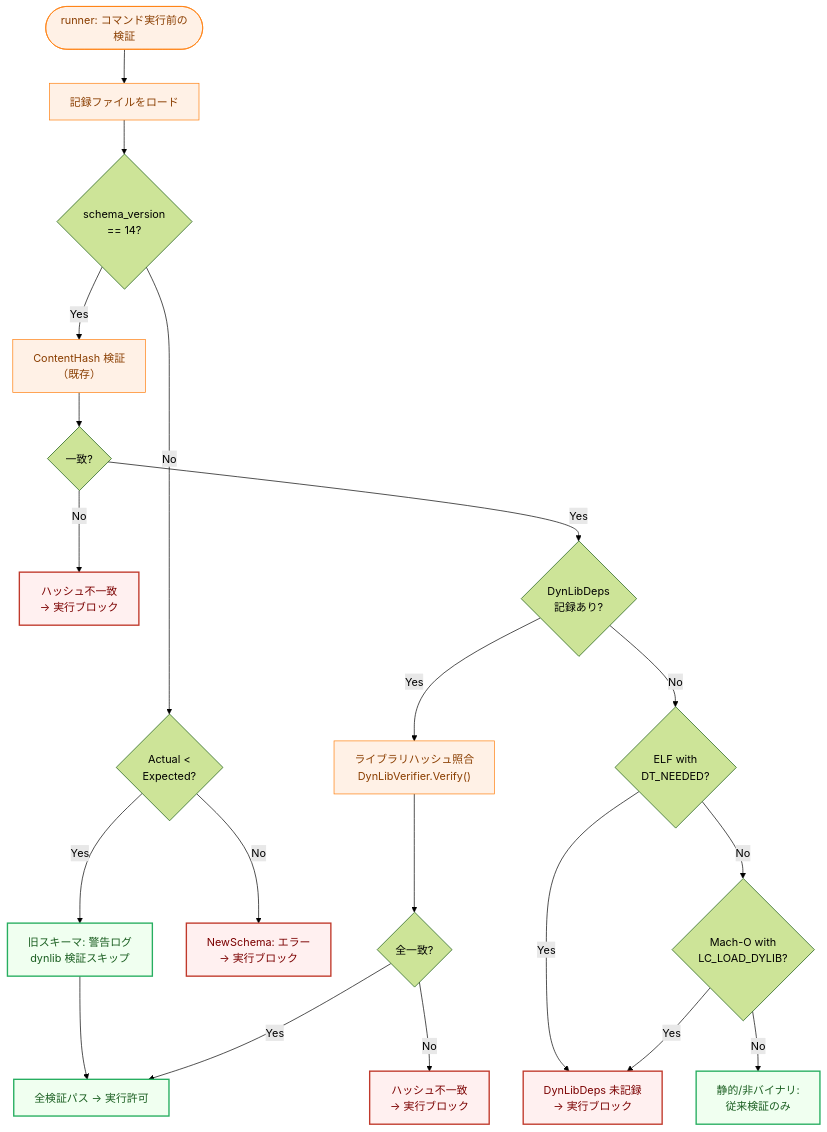
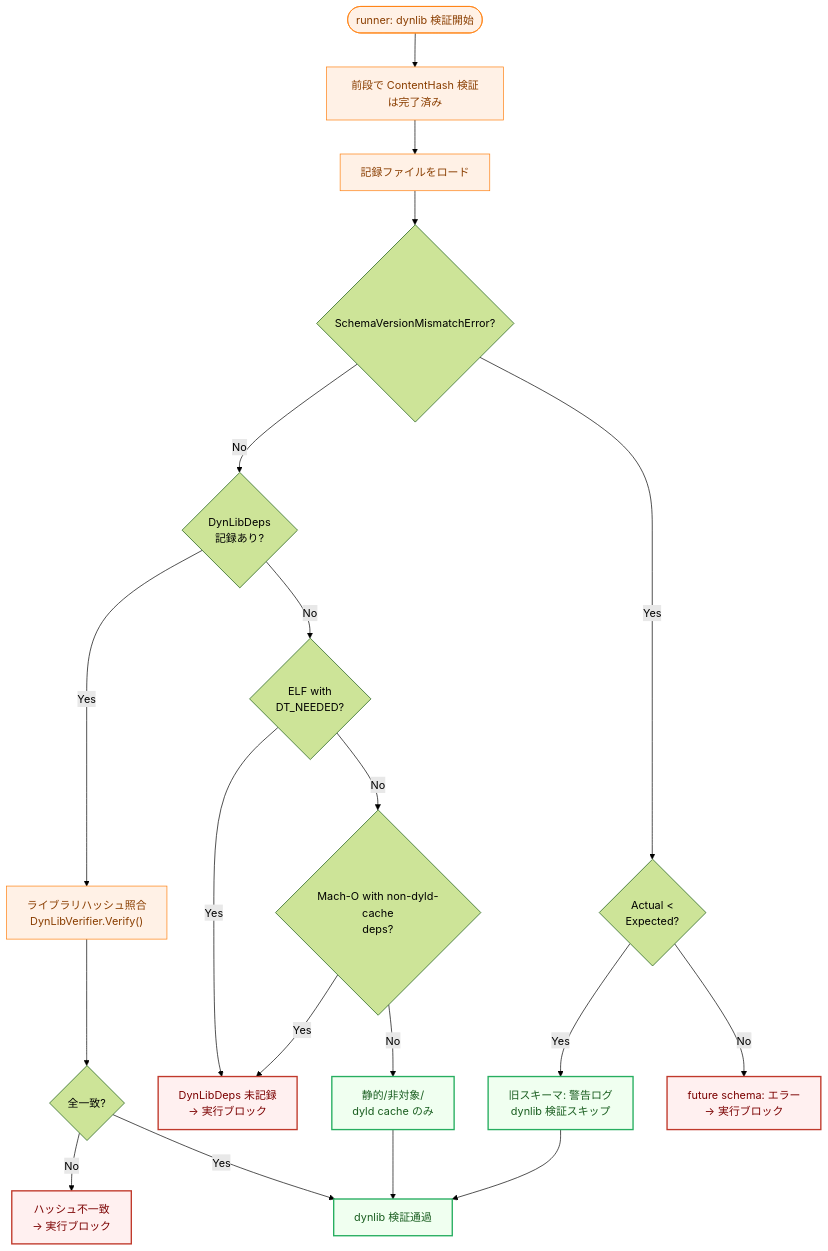
Before and after one commit to isseis/go-safe-cmd-runner: the sixth of 9 diagrams in docs/tasks/0096_macho_lc_load_dylib_integrity/02_architecture.md, drawn with Mermaid (forest theme). The commit also changed other lines of this file, not shown here.

Commit message:
docs: refine backward compatibility and stale field handling in task 0096 architecture
- Clarify that runner skips dynlib verification (not blocks) for old schema (Actual < Expected)
- Add SetMachODynLibAnalyzer setter to Validator design
- Initialize DynLibDeps/AnalysisWarnings each record to prevent stale data
- Fix Mach-O analysis skip condition from nil check to len==0
- Update flowchart to reflect ContentHash verification as a prior step
- Add test cases for dyld shared cache only and stale re-record scenarios

````diff
--- a/docs/tasks/0096_macho_lc_load_dylib_integrity/02_architecture.md
+++ b/docs/tasks/0096_macho_lc_load_dylib_integrity/02_architecture.md
@@ -537,53 +546,49 @@
 ```mermaid
 flowchart TD
     classDef process fill:#fff1e6,stroke:#ff7f0e,stroke-width:1px,color:#8a3e00;
     classDef highRisk fill:#fff0f0,stroke:#c0392b,stroke-width:2px,color:#7b0000;
     classDef safe fill:#f0fff0,stroke:#27ae60,stroke-width:2px,color:#1a5e20;
 
-    Start(["runner: コマンド実行前の検証"])
+    Start(["runner: dynlib 検証開始"])
+    NoteHash["前段で ContentHash 検証は完了済み"]
     LoadRecord["記録ファイルをロード"]
-    CheckSchema{"schema_version<br/>== 14?"}
+    SchemaErr{"SchemaVersionMismatchError?"}
     OldSchema{"Actual &lt;<br/>Expected?"}
     SchemaWarn["旧スキーマ: 警告ログ<br/>dynlib 検証スキップ"]
-    SchemaError["NewSchema: エラー<br/>→ 実行ブロック"]
-
-    VerifyHash["ContentHash 検証<br/>（既存）"]
-    HashOK{"一致?"}
-    HashFail["ハッシュ不一致<br/>→ 実行ブロック"]
+    SchemaError["future schema: エラー<br/>→ 実行ブロック"]
 
     CheckDynLib{"DynLibDeps<br/>記録あり?"}
     CheckELF{"ELF with<br/>DT_NEEDED?"}
-    CheckMachO{"Mach-O with<br/>LC_LOAD_DYLIB?"}
-    NoDynOK["静的/非バイナリ:<br/>従来検証のみ"]
+    CheckMachO{"Mach-O with non-dyld-cache<br/>deps?"}
+    NoDynOK["静的/非対象/<br/>dyld cache のみ"]
     DynRequired["DynLibDeps 未記録<br/>→ 実行ブロック"]
 
     HashLib["ライブラリハッシュ照合<br/>DynLibVerifier.Verify()"]
     HashLibOK{"全一致?"}
     HashLibFail["ハッシュ不一致<br/>→ 実行ブロック"]
 
-    AllOK["全検証パス → 実行許可"]
+    AllOK["dynlib 検証通過"]
 
-    Start --> LoadRecord
-    LoadRecord --> CheckSchema
-    CheckSchema -->|"No"| OldSchema
+    Start --> NoteHash
+    NoteHash --> LoadRecord
+    LoadRecord --> SchemaErr
+    SchemaErr -->|"No"| CheckDynLib
+    SchemaErr -->|"Yes"| OldSchema
     OldSchema -->|"Yes"| SchemaWarn
     OldSchema -->|"No"| SchemaError
     SchemaWarn --> AllOK
-    CheckSchema -->|"Yes"| VerifyHash
-    VerifyHash --> HashOK
-    HashOK -->|"No"| HashFail
-    HashOK -->|"Yes"| CheckDynLib
     CheckDynLib -->|"Yes"| HashLib
     CheckDynLib -->|"No"| CheckELF
     CheckELF -->|"Yes"| DynRequired
     CheckELF -->|"No"| CheckMachO
     CheckMachO -->|"Yes"| DynRequired
     CheckMachO -->|"No"| NoDynOK
+    NoDynOK --> AllOK
     HashLib --> HashLibOK
     HashLibOK -->|"No"| HashLibFail
     HashLibOK -->|"Yes"| AllOK
 
-    class Start,LoadRecord,VerifyHash,HashLib process;
-    class SchemaError,HashFail,DynRequired,HashLibFail highRisk;
+    class Start,NoteHash,LoadRecord,HashLib process;
+    class SchemaError,DynRequired,HashLibFail highRisk;
     class NoDynOK,AllOK,SchemaWarn safe;
 ```
````
